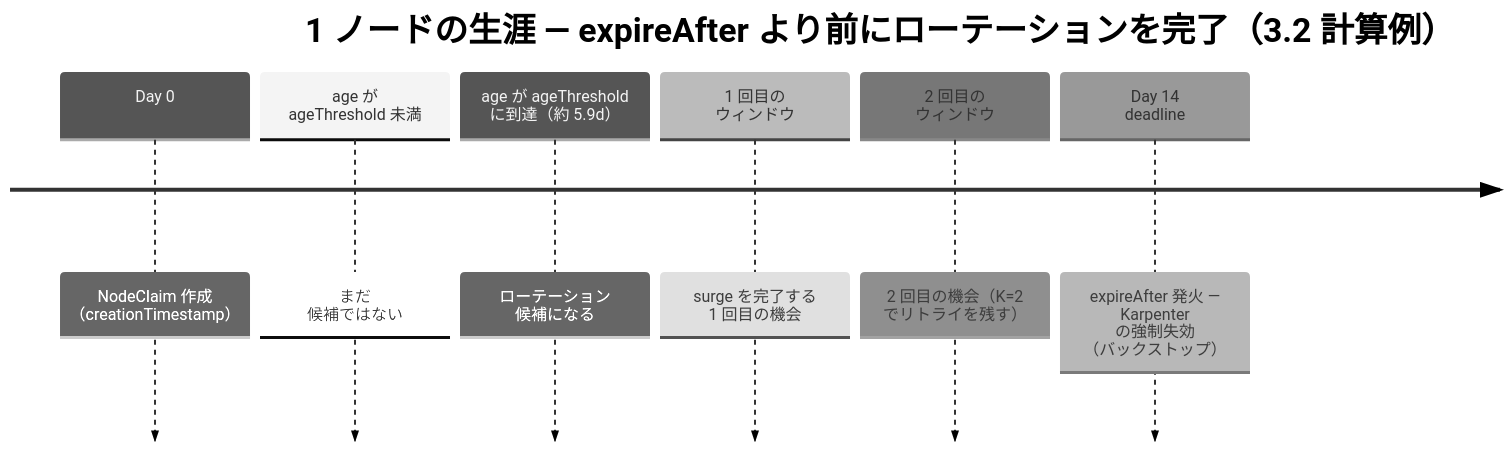
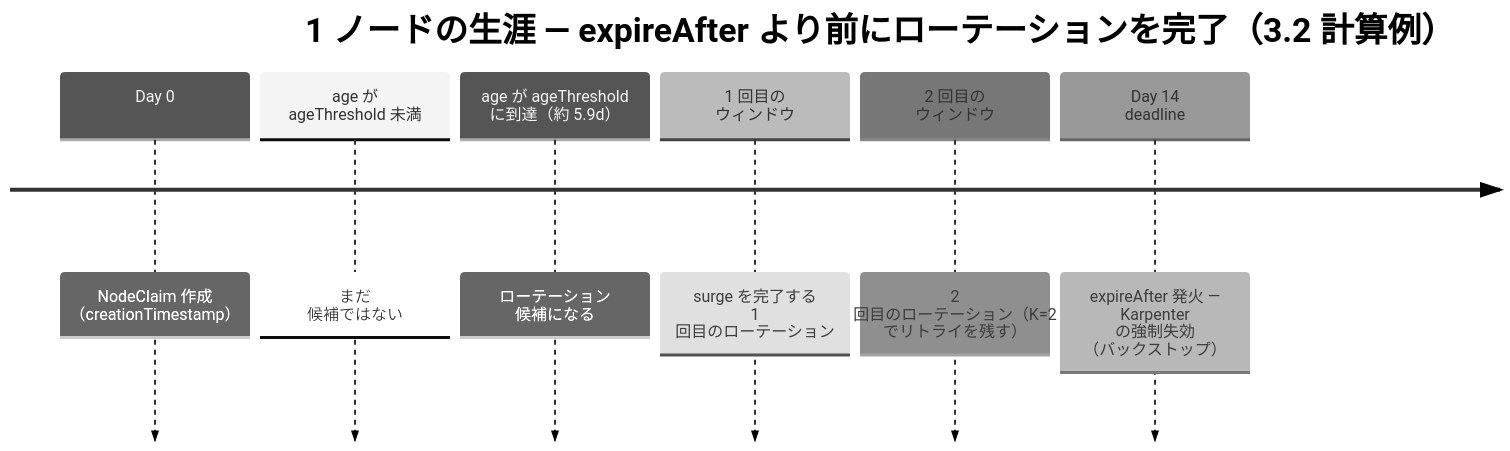
Before and after one commit to AkashiSN/node-rotation-controller: the first of 2 diagrams in docs/ja/specification/03-design.md, drawn with Mermaid (neutral theme). The commit also changed other lines of this file and 10 other files, not shown here.

````diff
--- a/docs/ja/specification/03-design.md
+++ b/docs/ja/specification/03-design.md
@@ -46,10 +46,10 @@
 ```mermaid
 timeline
     title 1 ノードの生涯 — expireAfter より前にローテーションを完了（3.2 計算例）
     Day 0 : NodeClaim 作成<br>（creationTimestamp）
     age が<br>ageThreshold 未満 : まだ<br>候補ではない
     age が ageThreshold<br>に到達（約 5.9d） : ローテーション<br>候補になる
-    1 回目の<br>ウィンドウ : surge を完了する<br>1 回目の機会
-    2 回目の<br>ウィンドウ : 2 回目の機会（K=2<br>でリトライを残す）
+    1 回目の<br>ウィンドウ : surge を完了する<br>1 回目のローテーション
+    2 回目の<br>ウィンドウ : 2 回目のローテーション（K=2<br>でリトライを残す）
     Day 14<br>deadline : expireAfter 発火 —<br>Karpenter の強制失効<br>（バックストップ）
 ```
````
